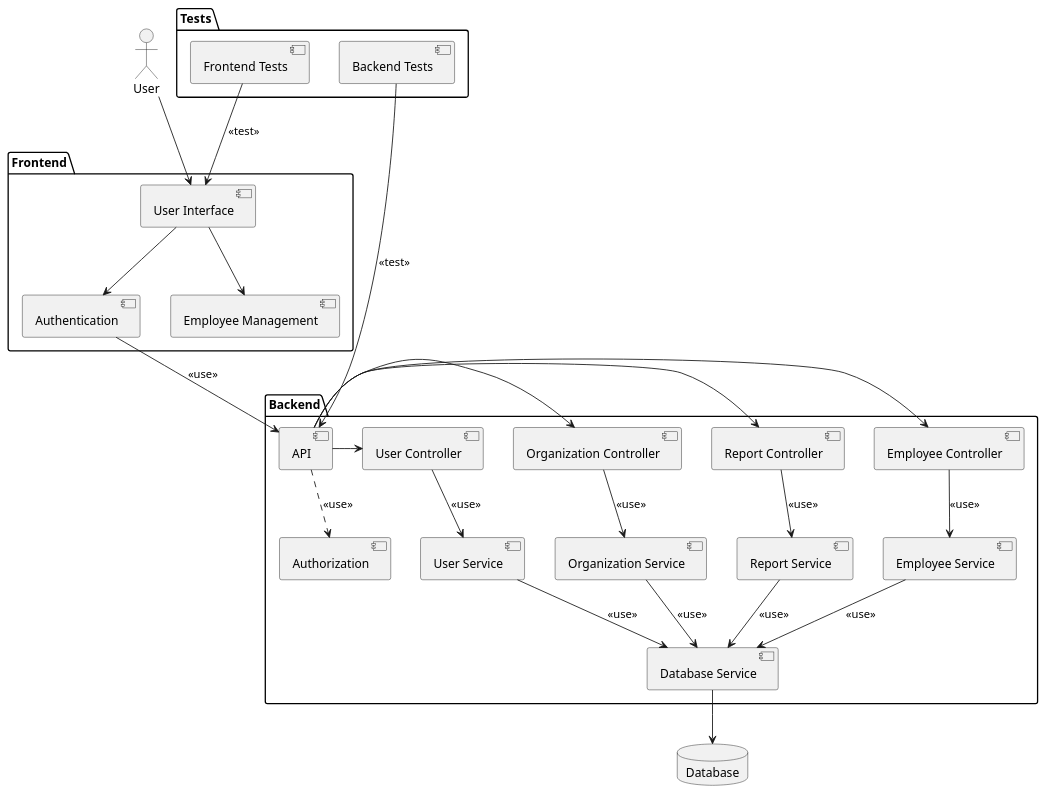
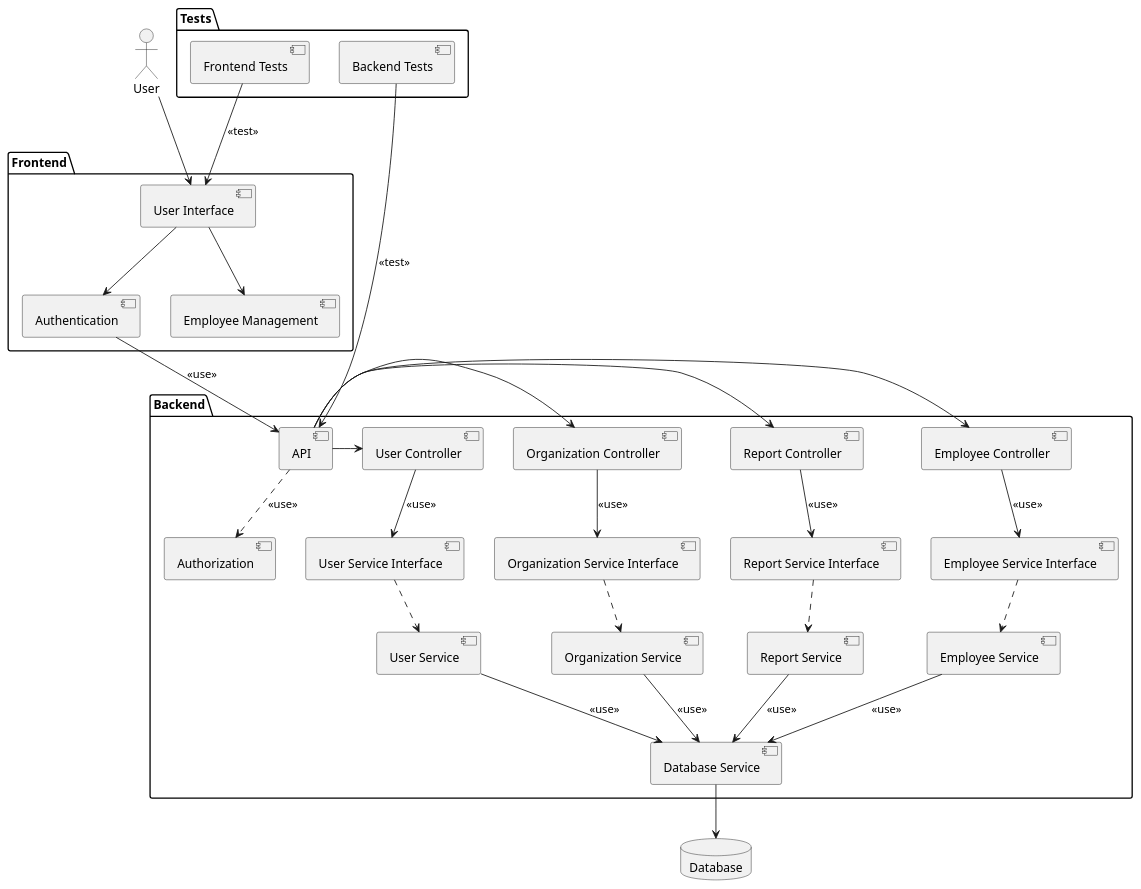
The diagram in docs/architecture/component.puml (Qerbz/timeliste-server), drawn with PlantUML before and after one commit.

Commit message:
added interfaces in backend

```diff
--- a/docs/architecture/component.puml
+++ b/docs/architecture/component.puml
@@ -1,59 +1,68 @@
 @startuml
 
 actor User
 
 package "Frontend" {
   [User Interface] as UI
   [Authentication] as Auth
   [Employee Management] as EM
 }
 
 package "Backend" {
   [API] as API
   [Authorization] as APIAuth
   [Employee Controller] as EC
   [Report Controller] as RC
   [Organization Controller] as OC
+  [Employee Service Interface] as ESI
+  [Report Service Interface] as RSI
+  [Organization Service Interface] as OSI
+  [User Service Interface] as USI
   [Employee Service] as ES
   [Report Service] as RS
   [Organization Service] as OS
   [Database Service] as DBS
   [User Controller] as UC
   [User Service] as US
 }
 
 database "Database" as DB
 
 User --> UI
 UI --> Auth
 UI --> EM
 
 Auth --> API : <<use>>
 API ..> APIAuth : <<use>>
 
 API -right-> EC
 API -right-> RC
 API -right-> OC
 API -right-> UC
 
-EC --> ES : <<use>>
-RC --> RS : <<use>>
-OC --> OS : <<use>>
-UC --> US : <<use>>
+EC --> ESI : <<use>>
+RC --> RSI : <<use>>
+OC --> OSI : <<use>>
+UC --> USI : <<use>>
+
+ESI ..> ES
+RSI ..> RS
+OSI ..> OS
+USI ..> US
 
 ES --> DBS : <<use>>
 RS --> DBS : <<use>>
 OS --> DBS : <<use>>
 US --> DBS : <<use>>
 
 DBS --> DB
 
 package "Tests" {
   [Frontend Tests] as FT
   [Backend Tests] as BT
 }
 
 FT --> UI : <<test>>
 BT --> API : <<test>>
 
 @enduml
```
